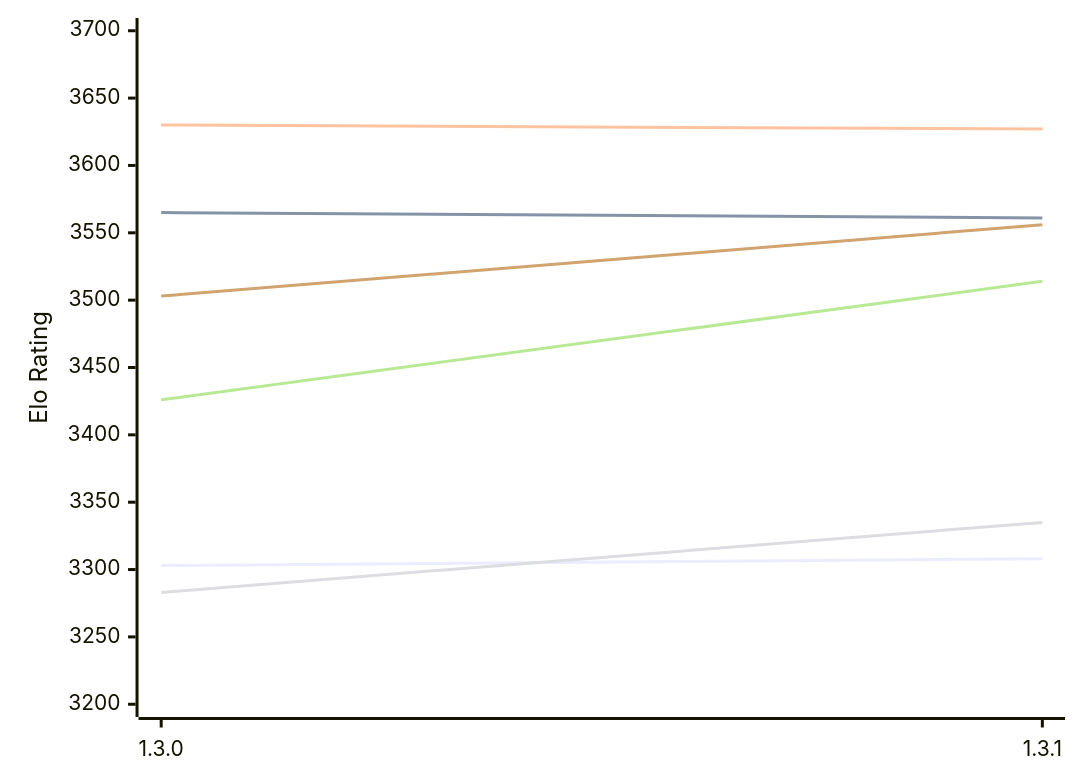
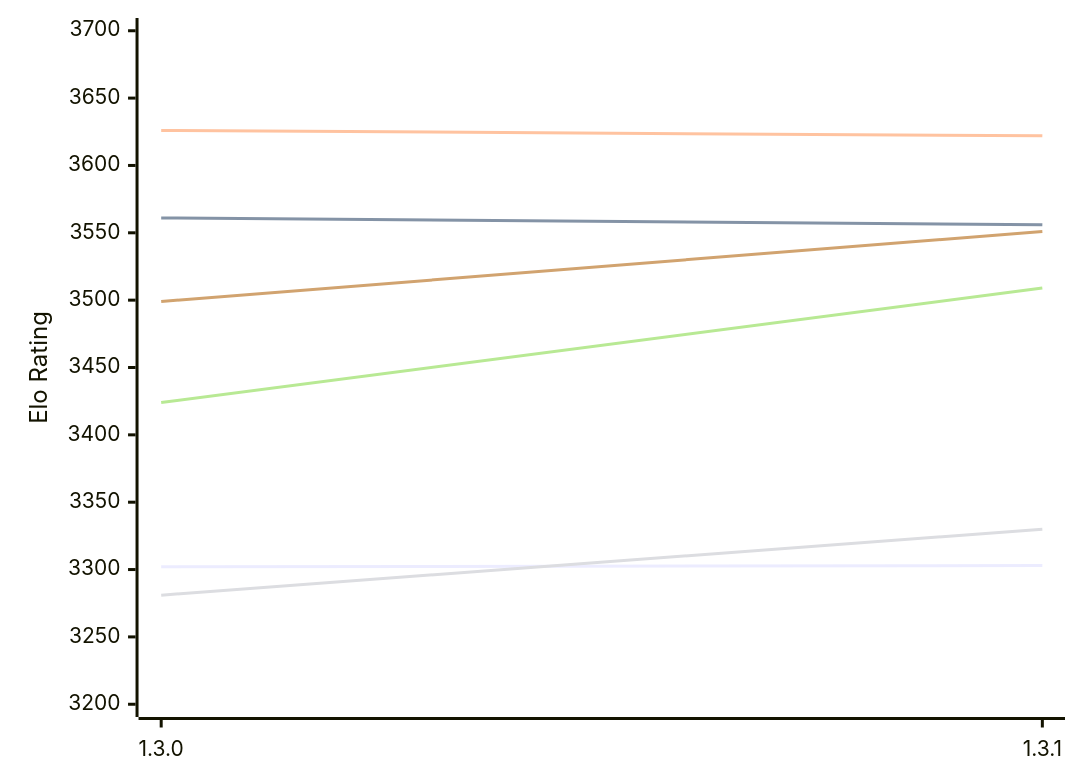
One commit to computer-chess-index/cci changed the first of 2 diagrams in engines/Renegade.md. Above: the diagram before and after it, drawn with Mermaid. The commit also changed other lines of this file, not shown here.

Commit message:
Update CCI Ratings (ELO VLTC) - 2026-11-19

````diff
--- a/engines/Renegade.md
+++ b/engines/Renegade.md
@@ -50,12 +50,12 @@
 ```mermaid
 %%{init: {"theme":"base","themeVariables":{"seriesColors:['#a3a3a3','#222221','#faa371']}}}%%
 xychart-beta
   x-axis ["1.3.0", "1.3.1"]
   y-axis "Elo Rating" 3200 --> 3700
-  line "E1: STC (8.0+0.08s)" [3303, 3308]
-  line "E1: LTC (60.0+0.60s)" [3565, 3561]
-  line "E1: VLTC (2m24s+1.12s)" [3630, 3627]
-  line "P1: STC (8.0+0.08s)" [3283, 3335]
-  line "P1: LTC (60.0+0.60s)" [3426, 3514]
-  line "P1: VLTC (2m24s+1.12s)" [3503, 3556]
+  line "E1: STC (8.0+0.08s)" [3302, 3303]
+  line "E1: LTC (60.0+0.60s)" [3561, 3556]
+  line "E1: VLTC (2m24s+1.12s)" [3626, 3622]
+  line "P1: STC (8.0+0.08s)" [3281, 3330]
+  line "P1: LTC (60.0+0.60s)" [3424, 3509]
+  line "P1: VLTC (2m24s+1.12s)" [3499, 3551]
 ```
````
